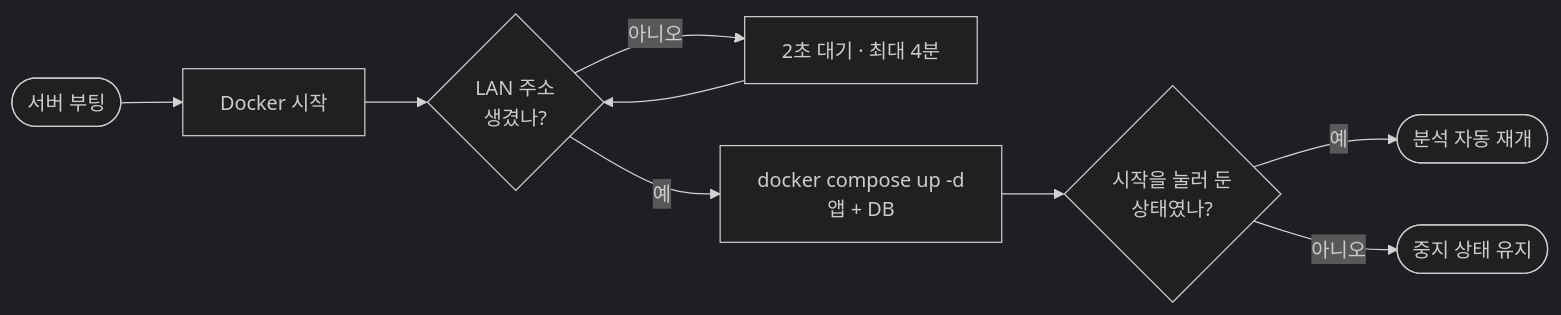
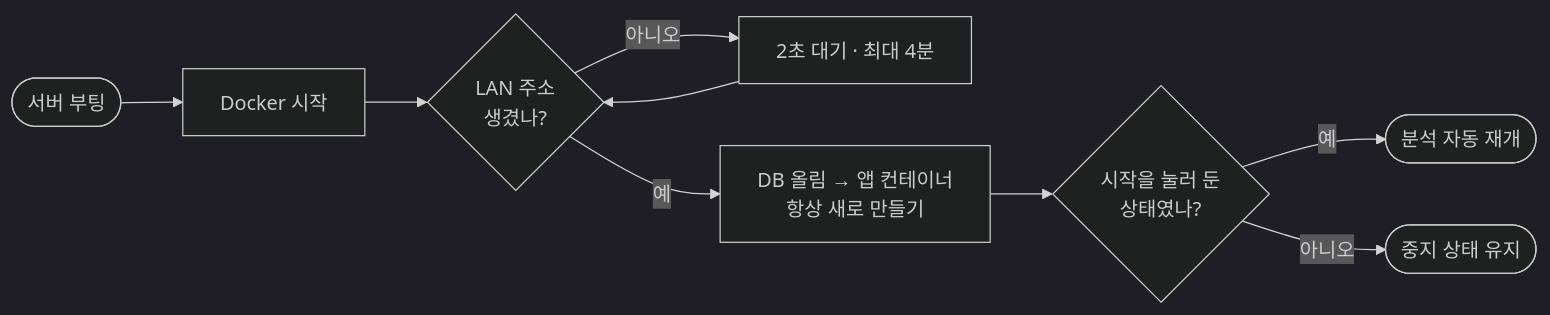
The tenth of 10 diagrams in README.md (eshir0/stock-lab), drawn with Mermaid (dark theme) before and after one commit. The commit also changed other lines of this file and 10 other files, not shown here.

````diff
--- a/README.md
+++ b/README.md
@@ -798,11 +816,11 @@
 ```mermaid
 flowchart LR
     A([서버 부팅]) --> B[Docker 시작]
     B --> C{"LAN 주소<br/>생겼나?"}
     C -- 아니오 --> D[2초 대기 · 최대 4분]
     D --> C
-    C -- 예 --> E["docker compose up -d<br/>앱 + DB"]
+    C -- 예 --> E["DB 올림 → 앱 컨테이너<br/>항상 새로 만들기"]
     E --> F{"시작을 눌러 둔<br/>상태였나?"}
     F -- 예 --> G([분석 자동 재개])
     F -- 아니오 --> H([중지 상태 유지])
 ```
````
